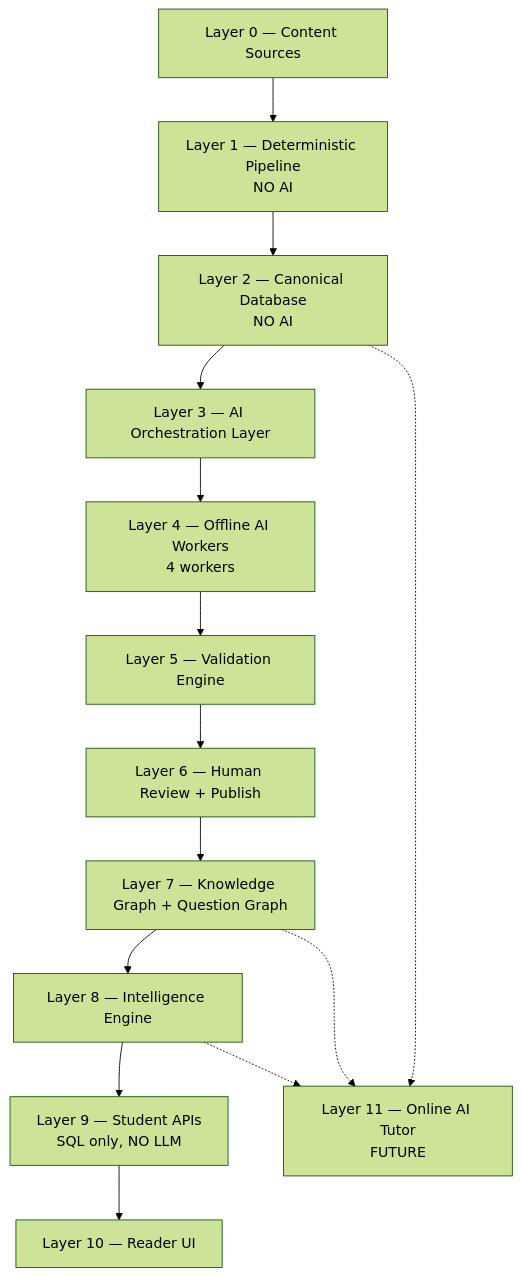
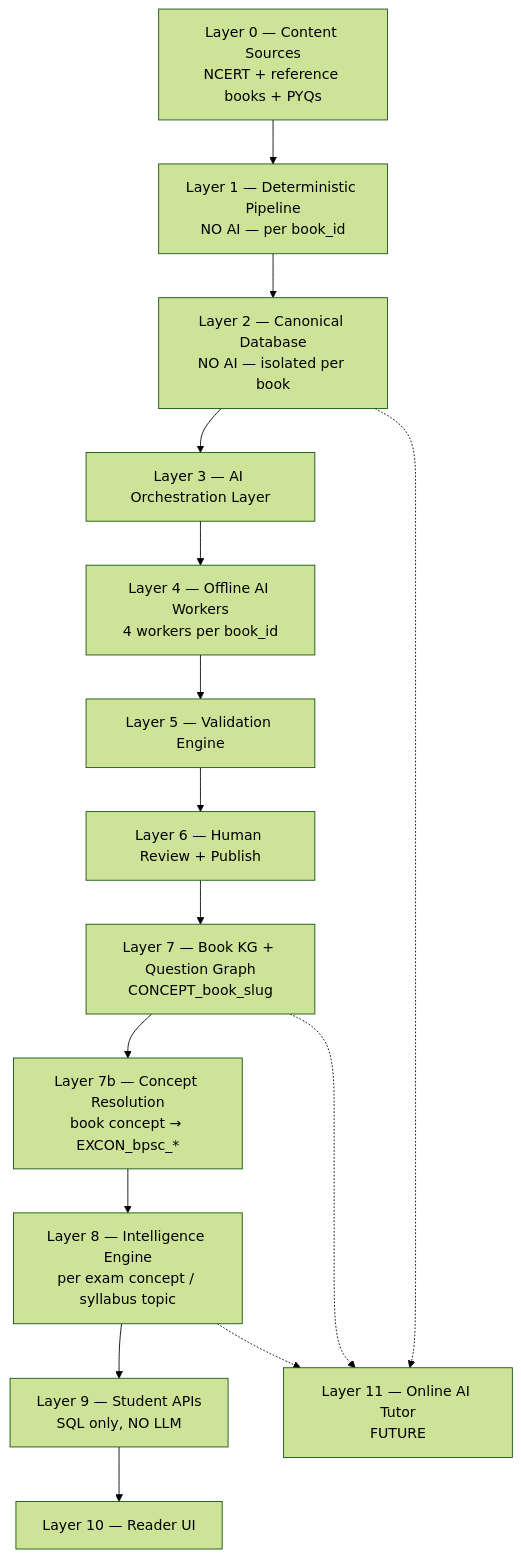
The first of 4 diagrams in docs/platform/ai/AI-PLATFORM-GUIDE.md (adarsh-repos/knowledge-compiler), drawn with Mermaid (forest theme) before and after one commit. The commit also changed other lines of this file and 1 other file, not shown here.

Commit message:
Sync AI Platform Guide v1.3 with Layer 7b multi-book concept resolution.

````diff
--- a/docs/platform/ai/AI-PLATFORM-GUIDE.md
+++ b/docs/platform/ai/AI-PLATFORM-GUIDE.md
@@ -21,20 +21,21 @@
 ```mermaid
 flowchart TB
-    L0[Layer 0 — Content Sources]
-    L1[Layer 1 — Deterministic Pipeline<br/>NO AI]
-    L2[Layer 2 — Canonical Database<br/>NO AI]
+    L0[Layer 0 — Content Sources<br/>NCERT + reference books + PYQs]
+    L1[Layer 1 — Deterministic Pipeline<br/>NO AI — per book_id]
+    L2[Layer 2 — Canonical Database<br/>NO AI — isolated per book]
     L3[Layer 3 — AI Orchestration Layer]
-    L4[Layer 4 — Offline AI Workers<br/>4 workers]
+    L4[Layer 4 — Offline AI Workers<br/>4 workers per book_id]
     L5[Layer 5 — Validation Engine]
     L6[Layer 6 — Human Review + Publish]
-    L7[Layer 7 — Knowledge Graph + Question Graph]
-    L8[Layer 8 — Intelligence Engine]
+    L7[Layer 7 — Book KG + Question Graph<br/>CONCEPT_book_slug]
+    L7b[Layer 7b — Concept Resolution<br/>book concept → EXCON_bpsc_*]
+    L8[Layer 8 — Intelligence Engine<br/>per exam concept / syllabus topic]
     L9[Layer 9 — Student APIs<br/>SQL only, NO LLM]
     L10[Layer 10 — Reader UI]
     L11[Layer 11 — Online AI Tutor<br/>FUTURE]
 
-    L0 --> L1 --> L2 --> L3 --> L4 --> L5 --> L6 --> L7 --> L8 --> L9 --> L10
+    L0 --> L1 --> L2 --> L3 --> L4 --> L5 --> L6 --> L7 --> L7b --> L8 --> L9 --> L10
     L7 -.-> L11
     L8 -.-> L11
     L2 -.-> L11
 ```
````
